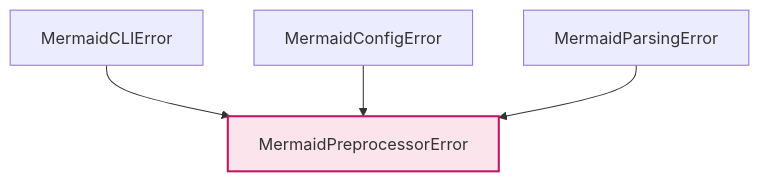
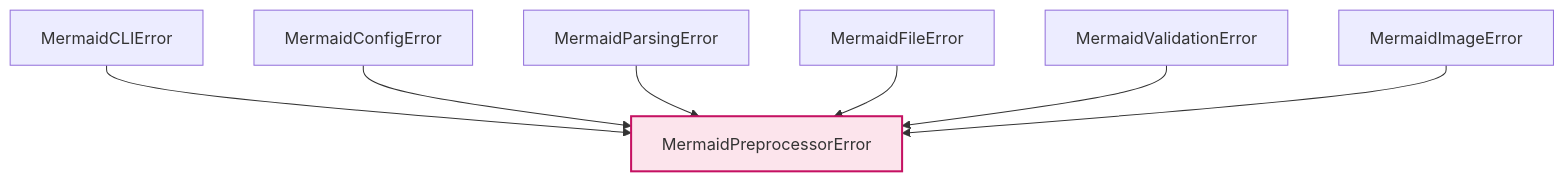
The seventh of 7 diagrams in docs/architecture.md (nuitsjp/mkdocs-mermaid-to-svg), drawn with Mermaid before and after one commit. The commit also changed other lines of this file, not shown here.

````diff
--- a/docs/architecture.md
+++ b/docs/architecture.md
@@ -422,9 +421,12 @@
 ```mermaid
 graph TD
     A[MermaidPreprocessorError]
     B[MermaidCLIError] --> A
     C[MermaidConfigError] --> A
     D[MermaidParsingError] --> A
+    E[MermaidFileError] --> A
+    F[MermaidValidationError] --> A
+    G[MermaidImageError] --> A
 
     style A fill:#fce4ec,stroke:#c51162,stroke-width:2px
 ```
````
